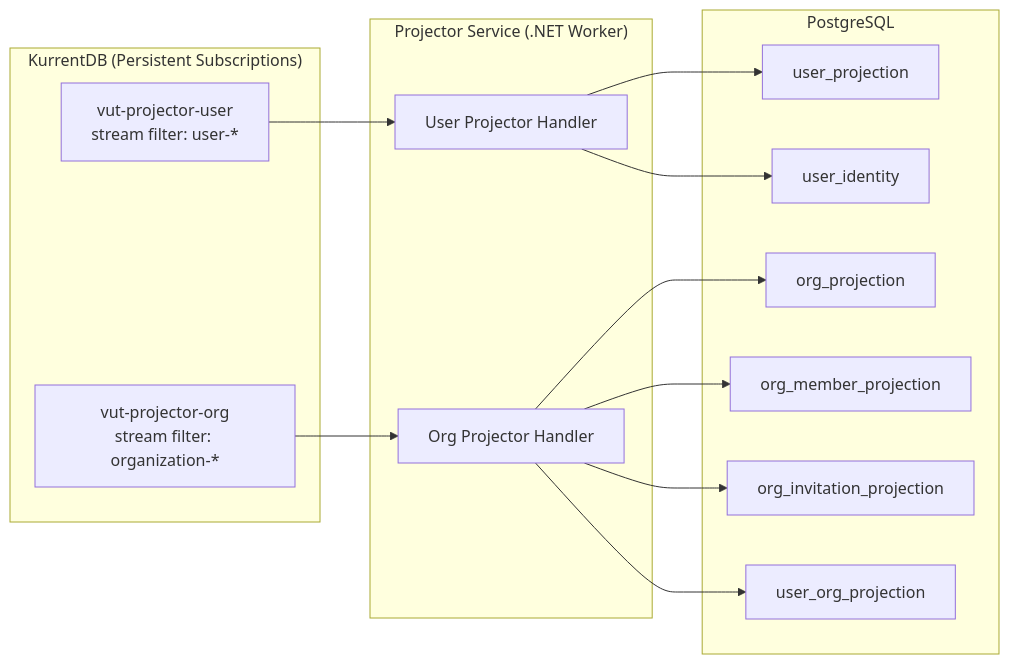
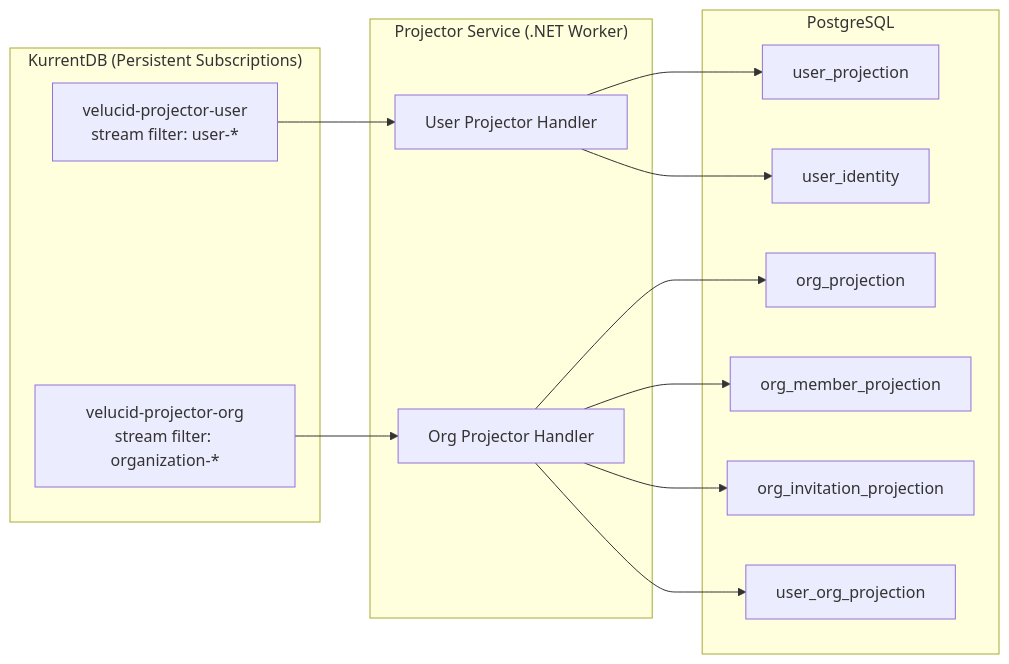
One commit to lekhasy/Vut changed the tenth of 23 diagrams in epics/01-epic-first-signin-org/architecture/architecture.md. Above: the diagram before and after it, drawn with Mermaid. The commit also changed other lines of this file and 154 other files, not shown here.

````diff
--- a/epics/01-epic-first-signin-org/architecture/architecture.md
+++ b/epics/01-epic-first-signin-org/architecture/architecture.md
@@ -908,28 +908,28 @@
 ```mermaid
 graph LR
     subgraph KurrentDB["KurrentDB (Persistent Subscriptions)"]
-        PS1["vut-projector-user<br/>stream filter: user-*"]
-        PS2["vut-projector-org<br/>stream filter: organization-*"]
+        PS1["velucid-projector-user<br/>stream filter: user-*"]
+        PS2["velucid-projector-org<br/>stream filter: organization-*"]
     end
 
     subgraph ProjectorService["Projector Service (.NET Worker)"]
         PU["User Projector Handler"]
         PO["Org Projector Handler"]
     end
 
     subgraph PostgreSQL
         UP["user_projection"]
         UID["user_identity"]
         ORP["org_projection"]
         OMP["org_member_projection"]
         OIP["org_invitation_projection"]
         UOP["user_org_projection"]
     end
 
     PS1 --> PU --> UP
     PU --> UID
     PS2 --> PO --> ORP
     PO --> OMP
     PO --> OIP
     PO --> UOP
 ```
````
